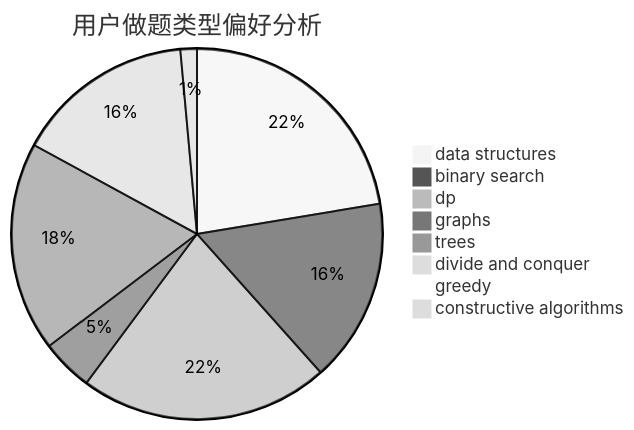
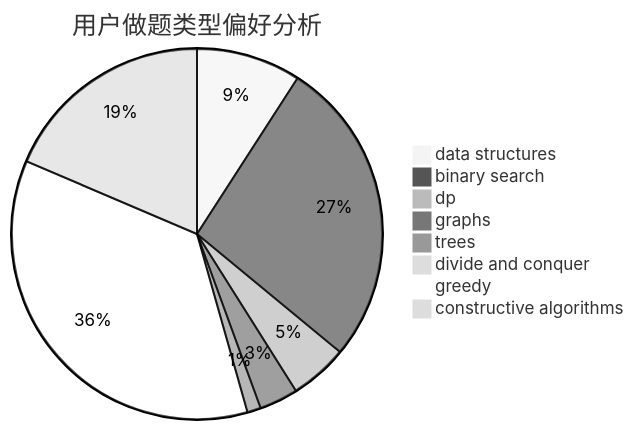
Before and after one commit to sherpahu/cfrs.github.io: the second of 3 diagrams in docs/user/u2370.md, drawn with Mermaid (neutral theme). The commit also changed other lines of this file and 2770 other files, not shown here.

````diff
--- a/docs/user/u2370.md
+++ b/docs/user/u2370.md
@@ -23,11 +23,11 @@
 ```mermaid
 pie title 用户做题类型偏好分析
-    "data structures" :  109
-    "binary search" :  78
-    "dp" :  106
-    "graphs" :  22
-    "trees" :  89
-    "divide and conquer" :  76
-    "greedy" :  1
-    "constructive algorithms" :  7
+    "data structures" :  54
+    "binary search" :  159
+    "dp" :  30
+    "graphs" :  20
+    "trees" :  7
+    "divide and conquer" :  1
+    "greedy" :  212
+    "constructive algorithms" :  110
 ```
````
